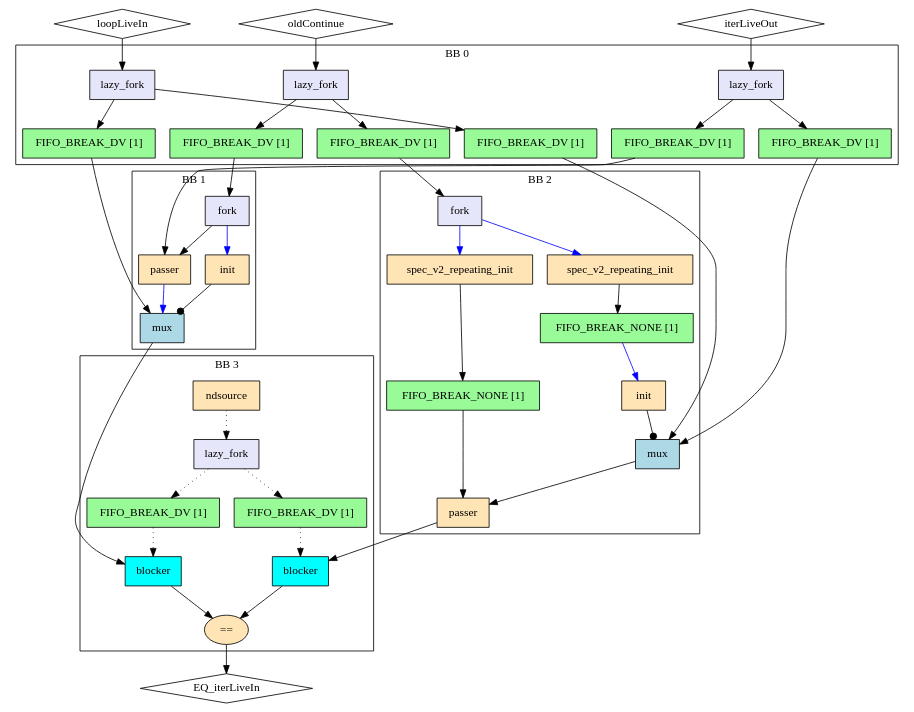
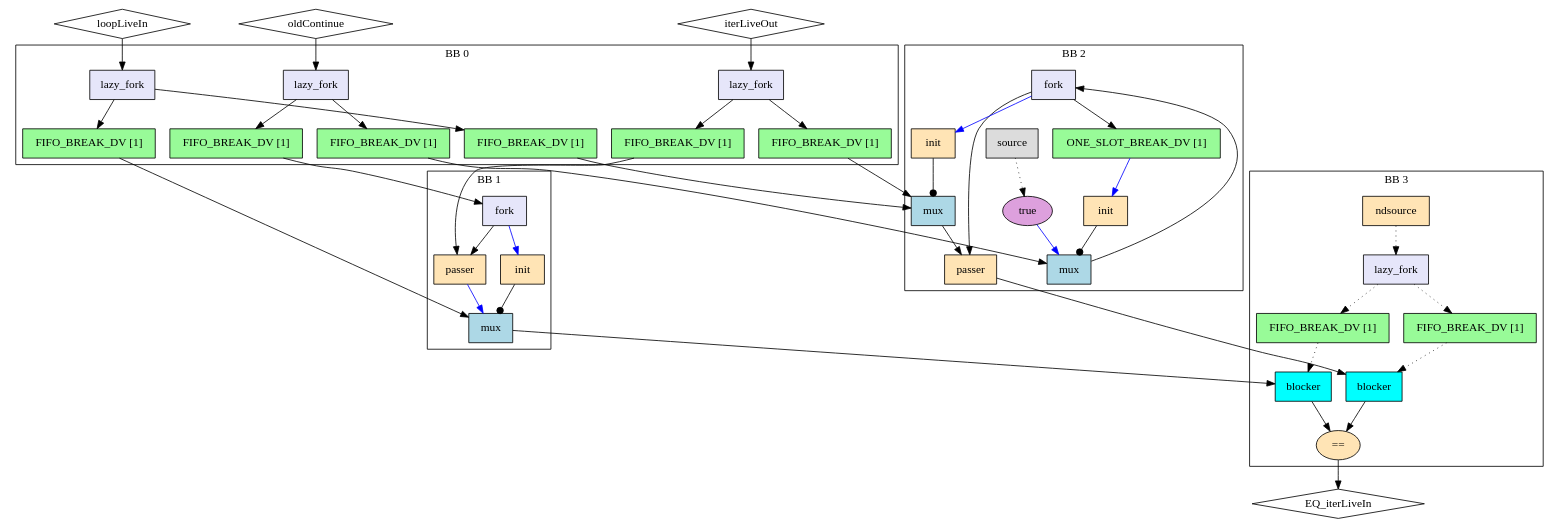
One commit to EPFL-LAP/dynamatic changed the diagram in experimental/tools/elastic-miter/out/sup_mux/miter/model.dot. Above: the diagram before and after it, drawn with Graphviz. The commit also changed 640 other files, not shown here.

```diff
--- a/experimental/tools/elastic-miter/out/sup_mux/miter/model.dot
+++ b/experimental/tools/elastic-miter/out/sup_mux/miter/model.dot
@@ -1,85 +1,88 @@
 Digraph G {
   splines=spline
   compound=true
   "loopLiveIn" ["style"="solid", "shape"="diamond", "label"="loopLiveIn", "mlir_op"="handshake.func"]
   "iterLiveOut" ["style"="solid", "shape"="diamond", "label"="iterLiveOut", "mlir_op"="handshake.func"]
   "oldContinue" ["style"="solid", "shape"="diamond", "label"="oldContinue", "mlir_op"="handshake.func"]
   "EQ_iterLiveIn" ["style"="solid", "shape"="diamond", "label"="EQ_iterLiveIn", "mlir_op"="handshake.func"]
   "loopLiveIn" -> "in_fork_loopLiveIn" ["dir"="both", "style"="solid", "arrowhead"="normal", "from_idx"="0", "to"="ins", "arrowtail"="none", "from"="loopLiveIn", "to_idx"="0"]
   "iterLiveOut" -> "in_fork_iterLiveOut" ["dir"="both", "style"="solid", "arrowhead"="normal", "from_idx"="1", "to"="ins", "arrowtail"="none", "from"="iterLiveOut", "to_idx"="0"]
   "oldContinue" -> "in_fork_oldContinue" ["dir"="both", "style"="solid", "arrowhead"="normal", "from_idx"="2", "to"="ins", "arrowtail"="none", "from"="oldContinue", "to_idx"="0"]
   "lhs_in_buf_loopLiveIn" -> "lhs_data_mux" ["dir"="both", "style"="solid", "arrowhead"="normal", "from_idx"="0", "to"="ins_0", "arrowtail"="none", "from"="outs", "to_idx"="1"]
   "rhs_in_buf_loopLiveIn" -> "rhs_data_mux" ["dir"="both", "style"="solid", "arrowhead"="normal", "from_idx"="0", "to"="ins_0", "arrowtail"="none", "from"="outs", "to_idx"="1"]
   "lhs_in_buf_iterLiveOut" -> "lhs_passer" ["dir"="both", "style"="solid", "arrowhead"="normal", "from_idx"="0", "to"="data", "arrowtail"="none", "from"="outs", "to_idx"="0"]
   "rhs_in_buf_iterLiveOut" -> "rhs_data_mux" ["dir"="both", "style"="solid", "arrowhead"="normal", "from_idx"="0", "to"="ins_1", "arrowtail"="none", "from"="outs", "to_idx"="2"]
   "lhs_in_buf_oldContinue" -> "lhs_fork_continue" ["dir"="both", "style"="solid", "arrowhead"="normal", "from_idx"="0", "to"="ins", "arrowtail"="none", "from"="outs", "to_idx"="0"]
-  "rhs_in_buf_oldContinue" -> "rhs_fork_continue" ["dir"="both", "style"="solid", "arrowhead"="normal", "from_idx"="0", "to"="ins", "arrowtail"="none", "from"="outs", "to_idx"="0"]
+  "rhs_in_buf_oldContinue" -> "rhs_ctrl_mux" ["dir"="both", "style"="solid", "arrowhead"="normal", "from_idx"="0", "to"="ins_1", "arrowtail"="none", "from"="outs", "to_idx"="2"]
   "out_eq_iterLiveIn" -> "EQ_iterLiveIn" ["dir"="both", "style"="solid", "arrowhead"="normal", "from_idx"="0", "to"="EQ_iterLiveIn", "arrowtail"="none", "from"="result", "to_idx"="0"]
   "lhs_data_mux" -> "lhs_out_bl_iterLiveIn" ["dir"="both", "style"="solid", "arrowhead"="normal", "from_idx"="0", "to"="ins", "arrowtail"="none", "from"="outs", "to_idx"="0"]
   "rhs_passer" -> "rhs_out_bl_iterLiveIn" ["dir"="both", "style"="solid", "arrowhead"="normal", "from_idx"="0", "to"="ins", "arrowtail"="none", "from"="result", "to_idx"="0"]
   subgraph cluster0 {
     graph ["label"="BB 0"]
     "in_fork_loopLiveIn" ["style"="filled", "fillcolor"="lavender", "shape"="box", "label"="lazy_fork", "mlir_op"="handshake.lazy_fork"]
     "lhs_in_buf_loopLiveIn" ["style"="filled", "fillcolor"="palegreen", "shape"="box", "label"="FIFO_BREAK_DV [1]", "mlir_op"="handshake.buffer"]
     "rhs_in_buf_loopLiveIn" ["style"="filled", "fillcolor"="palegreen", "shape"="box", "label"="FIFO_BREAK_DV [1]", "mlir_op"="handshake.buffer"]
     "in_fork_iterLiveOut" ["style"="filled", "fillcolor"="lavender", "shape"="box", "label"="lazy_fork", "mlir_op"="handshake.lazy_fork"]
     "lhs_in_buf_iterLiveOut" ["style"="filled", "fillcolor"="palegreen", "shape"="box", "label"="FIFO_BREAK_DV [1]", "mlir_op"="handshake.buffer"]
     "rhs_in_buf_iterLiveOut" ["style"="filled", "fillcolor"="palegreen", "shape"="box", "label"="FIFO_BREAK_DV [1]", "mlir_op"="handshake.buffer"]
     "in_fork_oldContinue" ["style"="filled", "fillcolor"="lavender", "shape"="box", "label"="lazy_fork", "mlir_op"="handshake.lazy_fork"]
     "lhs_in_buf_oldContinue" ["style"="filled", "fillcolor"="palegreen", "shape"="box", "label"="FIFO_BREAK_DV [1]", "mlir_op"="handshake.buffer"]
     "rhs_in_buf_oldContinue" ["style"="filled", "fillcolor"="palegreen", "shape"="box", "label"="FIFO_BREAK_DV [1]", "mlir_op"="handshake.buffer"]
     "in_fork_loopLiveIn" -> "lhs_in_buf_loopLiveIn" ["dir"="both", "style"="solid", "arrowhead"="normal", "from_idx"="0", "to"="ins", "arrowtail"="none", "from"="outs_0", "to_idx"="0"]
     "in_fork_loopLiveIn" -> "rhs_in_buf_loopLiveIn" ["dir"="both", "style"="solid", "arrowhead"="normal", "from_idx"="1", "to"="ins", "arrowtail"="none", "from"="outs_1", "to_idx"="0"]
     "in_fork_iterLiveOut" -> "lhs_in_buf_iterLiveOut" ["dir"="both", "style"="solid", "arrowhead"="normal", "from_idx"="0", "to"="ins", "arrowtail"="none", "from"="outs_0", "to_idx"="0"]
     "in_fork_iterLiveOut" -> "rhs_in_buf_iterLiveOut" ["dir"="both", "style"="solid", "arrowhead"="normal", "from_idx"="1", "to"="ins", "arrowtail"="none", "from"="outs_1", "to_idx"="0"]
     "in_fork_oldContinue" -> "lhs_in_buf_oldContinue" ["dir"="both", "style"="solid", "arrowhead"="normal", "from_idx"="0", "to"="ins", "arrowtail"="none", "from"="outs_0", "to_idx"="0"]
     "in_fork_oldContinue" -> "rhs_in_buf_oldContinue" ["dir"="both", "style"="solid", "arrowhead"="normal", "from_idx"="1", "to"="ins", "arrowtail"="none", "from"="outs_1", "to_idx"="0"]
   }
   subgraph cluster3 {
     graph ["label"="BB 3"]
     "out_nds_iterLiveIn" ["style"="filled", "fillcolor"="moccasin", "shape"="box", "label"="ndsource", "mlir_op"="handshake.ndsource"]
     "out_lf_iterLiveIn" ["style"="filled", "fillcolor"="lavender", "shape"="box", "label"="lazy_fork", "mlir_op"="handshake.lazy_fork"]
     "out_buf_lhs_nds_iterLiveIn" ["style"="filled", "fillcolor"="palegreen", "shape"="box", "label"="FIFO_BREAK_DV [1]", "mlir_op"="handshake.buffer"]
     "out_buf_rhs_nds_iterLiveIn" ["style"="filled", "fillcolor"="palegreen", "shape"="box", "label"="FIFO_BREAK_DV [1]", "mlir_op"="handshake.buffer"]
     "lhs_out_bl_iterLiveIn" ["style"="filled", "fillcolor"="cyan", "shape"="box", "label"="blocker", "mlir_op"="handshake.blocker"]
     "rhs_out_bl_iterLiveIn" ["style"="filled", "fillcolor"="cyan", "shape"="box", "label"="blocker", "mlir_op"="handshake.blocker"]
     "out_eq_iterLiveIn" ["style"="filled", "fillcolor"="moccasin", "shape"="oval", "label"="==", "mlir_op"="handshake.cmpi=="]
     "out_nds_iterLiveIn" -> "out_lf_iterLiveIn" ["dir"="both", "style"="dotted", "arrowhead"="normal", "from_idx"="0", "to"="ins", "arrowtail"="none", "from"="result", "to_idx"="0"]
     "out_lf_iterLiveIn" -> "out_buf_lhs_nds_iterLiveIn" ["dir"="both", "style"="dotted", "arrowhead"="normal", "from_idx"="0", "to"="ins", "arrowtail"="none", "from"="outs_0", "to_idx"="0"]
     "out_lf_iterLiveIn" -> "out_buf_rhs_nds_iterLiveIn" ["dir"="both", "style"="dotted", "arrowhead"="normal", "from_idx"="1", "to"="ins", "arrowtail"="none", "from"="outs_1", "to_idx"="0"]
     "out_buf_lhs_nds_iterLiveIn" -> "lhs_out_bl_iterLiveIn" ["dir"="both", "style"="dotted", "arrowhead"="normal", "from_idx"="0", "to"="ctrl", "arrowtail"="none", "from"="outs", "to_idx"="1"]
     "out_buf_rhs_nds_iterLiveIn" -> "rhs_out_bl_iterLiveIn" ["dir"="both", "style"="dotted", "arrowhead"="normal", "from_idx"="0", "to"="ctrl", "arrowtail"="none", "from"="outs", "to_idx"="1"]
     "lhs_out_bl_iterLiveIn" -> "out_eq_iterLiveIn" ["dir"="both", "style"="solid", "arrowhead"="normal", "from_idx"="0", "to"="lhs", "arrowtail"="none", "from"="outs", "to_idx"="0"]
     "rhs_out_bl_iterLiveIn" -> "out_eq_iterLiveIn" ["dir"="both", "style"="solid", "arrowhead"="normal", "from_idx"="0", "to"="rhs", "arrowtail"="none", "from"="outs", "to_idx"="1"]
   }
   subgraph cluster1 {
     graph ["label"="BB 1"]
     "lhs_fork_continue" ["style"="filled", "fillcolor"="lavender", "shape"="box", "label"="fork", "mlir_op"="handshake.fork"]
     "lhs_passer" ["style"="filled", "fillcolor"="moccasin", "shape"="box", "label"="passer", "mlir_op"="handshake.passer"]
     "lhs_oldInit" ["style"="filled", "fillcolor"="moccasin", "shape"="box", "label"="init", "mlir_op"="handshake.init"]
     "lhs_data_mux" ["style"="filled", "fillcolor"="lightblue", "shape"="box", "label"="mux", "mlir_op"="handshake.mux"]
     "lhs_fork_continue" -> "lhs_passer" ["dir"="both", "style"="solid", "arrowhead"="normal", "from_idx"="0", "to"="ctrl", "arrowtail"="none", "from"="outs_0", "to_idx"="1"]
     "lhs_fork_continue" -> "lhs_oldInit" ["dir"="both", "style"="solid", "arrowhead"="normal", "from_idx"="1", "color"="blue", "to"="ins", "arrowtail"="none", "from"="outs_1", "to_idx"="0"]
     "lhs_passer" -> "lhs_data_mux" ["dir"="both", "style"="solid", "arrowhead"="normal", "from_idx"="0", "color"="blue", "to"="ins_1", "arrowtail"="none", "from"="result", "to_idx"="2"]
     "lhs_oldInit" -> "lhs_data_mux" ["dir"="both", "style"="solid", "arrowhead"="dot", "from_idx"="0", "to"="index", "arrowtail"="none", "from"="outs", "to_idx"="0"]
   }
   subgraph cluster2 {
     graph ["label"="BB 2"]
+    "rhs_source" ["style"="filled", "fillcolor"="gainsboro", "shape"="box", "label"="source", "mlir_op"="handshake.source"]
+    "rhs_constant" ["style"="filled", "fillcolor"="plum", "shape"="oval", "label"="true", "mlir_op"="handshake.constant"]
+    "rhs_ctrl_mux" ["style"="filled", "fillcolor"="lightblue", "shape"="box", "label"="mux", "mlir_op"="handshake.mux"]
     "rhs_fork_continue" ["style"="filled", "fillcolor"="lavender", "shape"="box", "label"="fork", "mlir_op"="handshake.fork"]
-    "rhs_ri1" ["style"="filled", "fillcolor"="moccasin", "shape"="box", "label"="spec_v2_repeating_init", "mlir_op"="handshake.spec_v2_repeating_init"]
-    "rhs_buffer1" ["style"="filled", "fillcolor"="palegreen", "shape"="box", "label"="FIFO_BREAK_NONE [1]", "mlir_op"="handshake.buffer"]
     "rhs_newInit" ["style"="filled", "fillcolor"="moccasin", "shape"="box", "label"="init", "mlir_op"="handshake.init"]
+    "rhs_buff" ["style"="filled", "fillcolor"="palegreen", "shape"="box", "label"="ONE_SLOT_BREAK_DV [1]", "mlir_op"="handshake.buffer"]
+    "rhs_newInit2" ["style"="filled", "fillcolor"="moccasin", "shape"="box", "label"="init", "mlir_op"="handshake.init"]
     "rhs_data_mux" ["style"="filled", "fillcolor"="lightblue", "shape"="box", "label"="mux", "mlir_op"="handshake.mux"]
-    "rhs_ri2" ["style"="filled", "fillcolor"="moccasin", "shape"="box", "label"="spec_v2_repeating_init", "mlir_op"="handshake.spec_v2_repeating_init"]
-    "rhs_buffer2" ["style"="filled", "fillcolor"="palegreen", "shape"="box", "label"="FIFO_BREAK_NONE [1]", "mlir_op"="handshake.buffer"]
     "rhs_passer" ["style"="filled", "fillcolor"="moccasin", "shape"="box", "label"="passer", "mlir_op"="handshake.passer"]
-    "rhs_fork_continue" -> "rhs_ri1" ["dir"="both", "style"="solid", "arrowhead"="normal", "from_idx"="0", "color"="blue", "to"="ins", "arrowtail"="none", "from"="outs_0", "to_idx"="0"]
-    "rhs_fork_continue" -> "rhs_ri2" ["dir"="both", "style"="solid", "arrowhead"="normal", "from_idx"="1", "color"="blue", "to"="ins", "arrowtail"="none", "from"="outs_1", "to_idx"="0"]
-    "rhs_ri1" -> "rhs_buffer1" ["dir"="both", "style"="solid", "arrowhead"="normal", "from_idx"="0", "to"="ins", "arrowtail"="none", "from"="outs", "to_idx"="0"]
-    "rhs_buffer1" -> "rhs_newInit" ["dir"="both", "style"="solid", "arrowhead"="normal", "from_idx"="0", "color"="blue", "to"="ins", "arrowtail"="none", "from"="outs", "to_idx"="0"]
+    "rhs_source" -> "rhs_constant" ["dir"="both", "style"="dotted", "arrowhead"="normal", "from_idx"="0", "to"="ctrl", "arrowtail"="none", "from"="outs", "to_idx"="0"]
+    "rhs_constant" -> "rhs_ctrl_mux" ["dir"="both", "style"="solid", "arrowhead"="normal", "from_idx"="0", "color"="blue", "to"="ins_0", "arrowtail"="none", "from"="outs", "to_idx"="1"]
+    "rhs_ctrl_mux" -> "rhs_fork_continue" ["dir"="both", "style"="solid", "arrowhead"="normal", "from_idx"="0", "to"="ins", "arrowtail"="none", "from"="outs", "to_idx"="0"]
+    "rhs_fork_continue" -> "rhs_newInit" ["dir"="both", "style"="solid", "arrowhead"="normal", "from_idx"="0", "color"="blue", "to"="ins", "arrowtail"="none", "from"="outs_0", "to_idx"="0"]
+    "rhs_fork_continue" -> "rhs_buff" ["dir"="both", "style"="solid", "arrowhead"="normal", "from_idx"="1", "to"="ins", "arrowtail"="none", "from"="outs_1", "to_idx"="0"]
+    "rhs_fork_continue" -> "rhs_passer" ["dir"="both", "style"="solid", "arrowhead"="normal", "from_idx"="2", "to"="ctrl", "arrowtail"="none", "from"="outs_2", "to_idx"="1"]
     "rhs_newInit" -> "rhs_data_mux" ["dir"="both", "style"="solid", "arrowhead"="dot", "from_idx"="0", "to"="index", "arrowtail"="none", "from"="outs", "to_idx"="0"]
+    "rhs_buff" -> "rhs_newInit2" ["dir"="both", "style"="solid", "arrowhead"="normal", "from_idx"="0", "color"="blue", "to"="ins", "arrowtail"="none", "from"="outs", "to_idx"="0"]
+    "rhs_newInit2" -> "rhs_ctrl_mux" ["dir"="both", "style"="solid", "arrowhead"="dot", "from_idx"="0", "to"="index", "arrowtail"="none", "from"="outs", "to_idx"="0"]
     "rhs_data_mux" -> "rhs_passer" ["dir"="both", "style"="solid", "arrowhead"="normal", "from_idx"="0", "to"="data", "arrowtail"="none", "from"="outs", "to_idx"="0"]
-    "rhs_ri2" -> "rhs_buffer2" ["dir"="both", "style"="solid", "arrowhead"="normal", "from_idx"="0", "to"="ins", "arrowtail"="none", "from"="outs", "to_idx"="0"]
-    "rhs_buffer2" -> "rhs_passer" ["dir"="both", "style"="solid", "arrowhead"="normal", "from_idx"="0", "to"="ctrl", "arrowtail"="none", "from"="outs", "to_idx"="1"]
   }
 }
```
